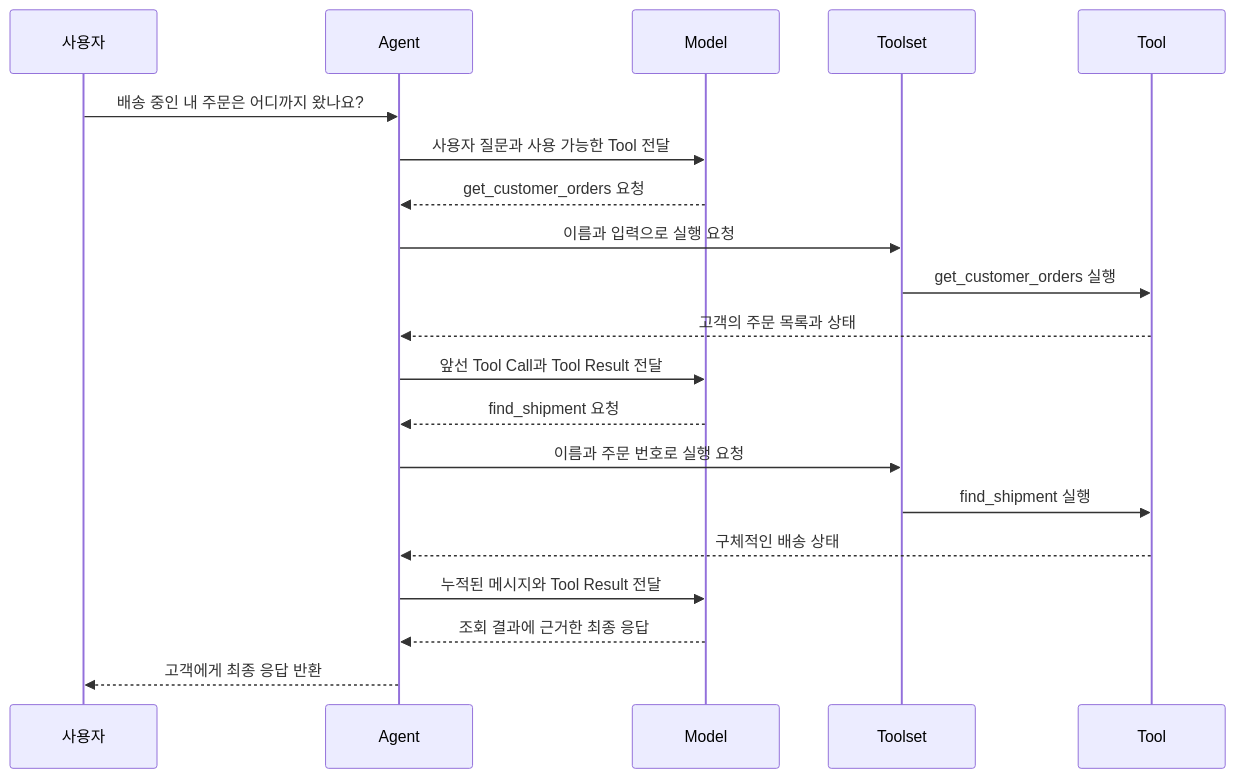
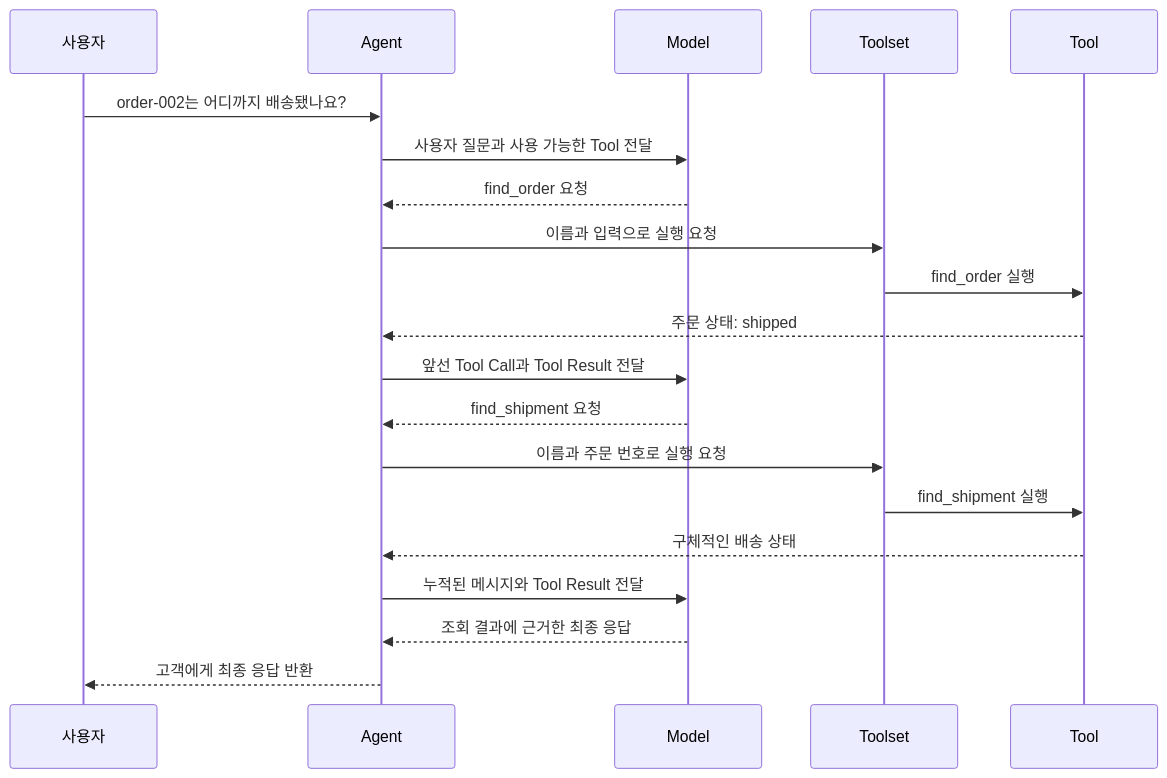
Before and after one commit to chahoseong/customer-support-agent: the diagram in docs/guides/agent-loop-with-tool-calling.md, drawn with Mermaid. The commit also changed other lines of this file, not shown here.

````diff
--- a/docs/guides/agent-loop-with-tool-calling.md
+++ b/docs/guides/agent-loop-with-tool-calling.md
@@ -69,23 +73,23 @@
 ```mermaid
 sequenceDiagram
     participant U as 사용자
     participant A as Agent
     participant M as Model
     participant TS as Toolset
     participant T as Tool
 
-    U->>A: 배송 중인 내 주문은 어디까지 왔나요?
+    U->>A: order-002는 어디까지 배송됐나요?
     A->>M: 사용자 질문과 사용 가능한 Tool 전달
-    M-->>A: get_customer_orders 요청
+    M-->>A: find_order 요청
     A->>TS: 이름과 입력으로 실행 요청
-    TS->>T: get_customer_orders 실행
-    T-->>A: 고객의 주문 목록과 상태
+    TS->>T: find_order 실행
+    T-->>A: 주문 상태: shipped
     A->>M: 앞선 Tool Call과 Tool Result 전달
     M-->>A: find_shipment 요청
     A->>TS: 이름과 주문 번호로 실행 요청
     TS->>T: find_shipment 실행
     T-->>A: 구체적인 배송 상태
     A->>M: 누적된 메시지와 Tool Result 전달
     M-->>A: 조회 결과에 근거한 최종 응답
     A-->>U: 고객에게 최종 응답 반환
 ```
````
